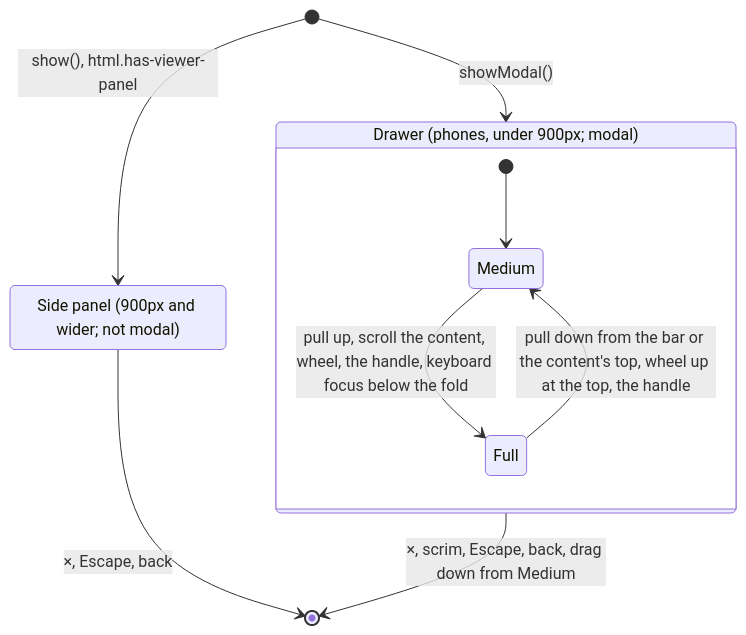
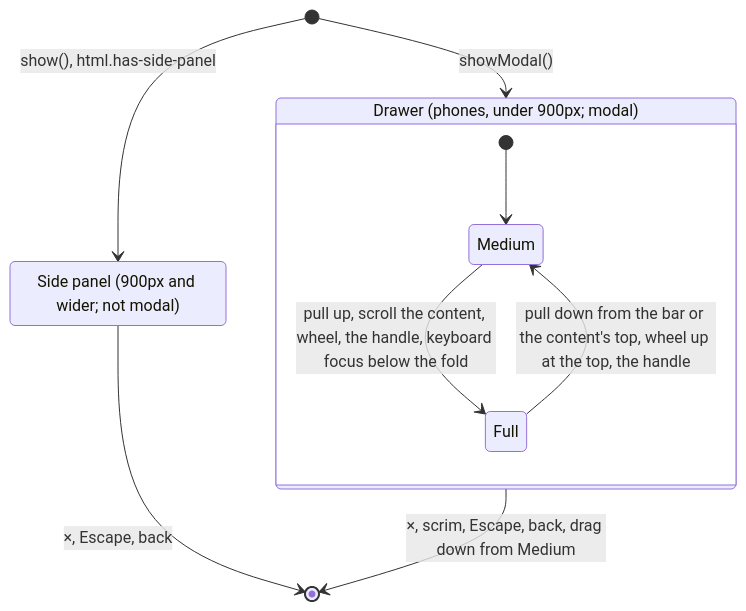
One commit to pa-bailar/pa-bailar.github.io changed the ninth of 9 diagrams in docs/ARCHITECTURE.md. Above: the diagram before and after it, drawn with Mermaid. The commit also changed other lines of this file and 13 other files, not shown here.

````diff
--- a/docs/ARCHITECTURE.md
+++ b/docs/ARCHITECTURE.md
@@ -421,13 +423,13 @@
   ```mermaid
   stateDiagram-v2
       state "Drawer (phones, under 900px; modal)" as Sheet {
           [*] --> Medium
           Medium --> Full: pull up, scroll the content, wheel, the handle, keyboard focus below the fold
           Full --> Medium: pull down from the bar or the content's top, wheel up at the top, the handle
       }
       state "Side panel (900px and wider; not modal)" as Panel
       [*] --> Sheet: showModal()
-      [*] --> Panel: show(), html.has-viewer-panel
+      [*] --> Panel: show(), html.has-side-panel
       Sheet --> [*]: ×, scrim, Escape, back, drag down from Medium
       Panel --> [*]: ×, Escape, back
   ```
````
